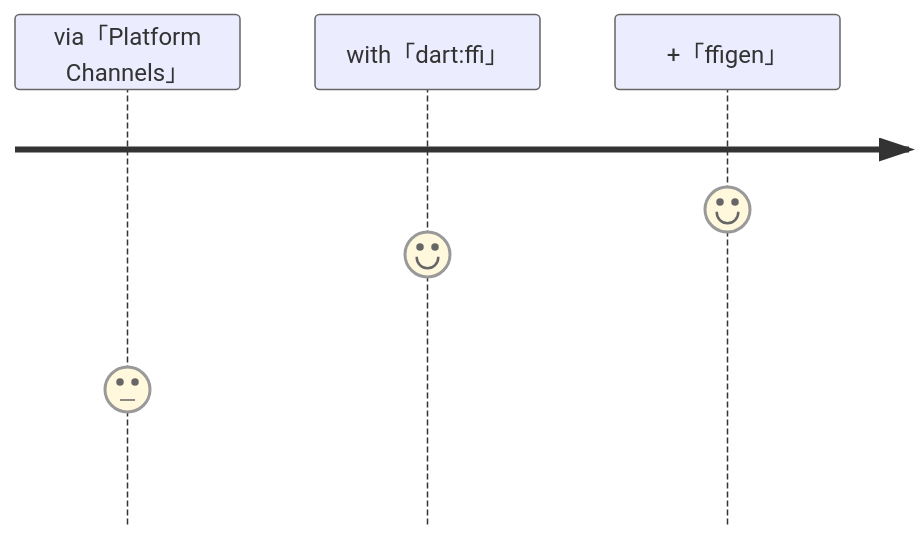
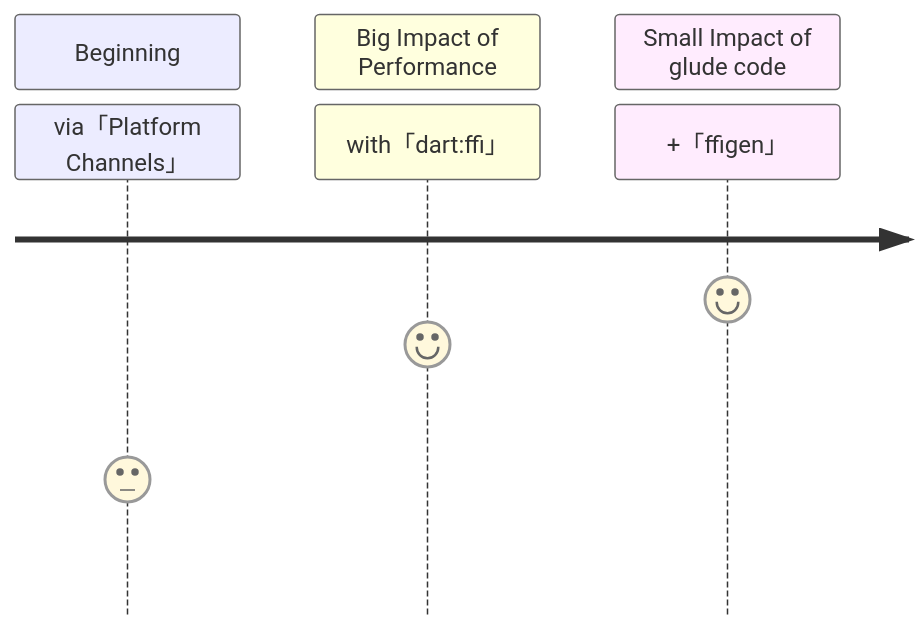
The diagram in slide/pages/journey_native_C_APIs.md (sensuikan1973/flutter_expensive_native_embedding_journey), drawn with Mermaid before and after one commit.

````diff
--- a/slide/pages/journey_native_C_APIs.md
+++ b/slide/pages/journey_native_C_APIs.md
@@ -18,6 +18,9 @@
-```mermaid {scale: 0.6}
+```mermaid {scale: 0.7}
 journey
-    via「Platform Channels」: 3
-    with「dart#58;ffi」 : 6
-    +「ffigen」 : 7
+    section Beginning
+        via「Platform Channels」: 3
+    section Big Impact of Performance
+        with「dart#58;ffi」 : 6
+    section Small Impact of glude code
+        +「ffigen」 : 7
 ```
````
